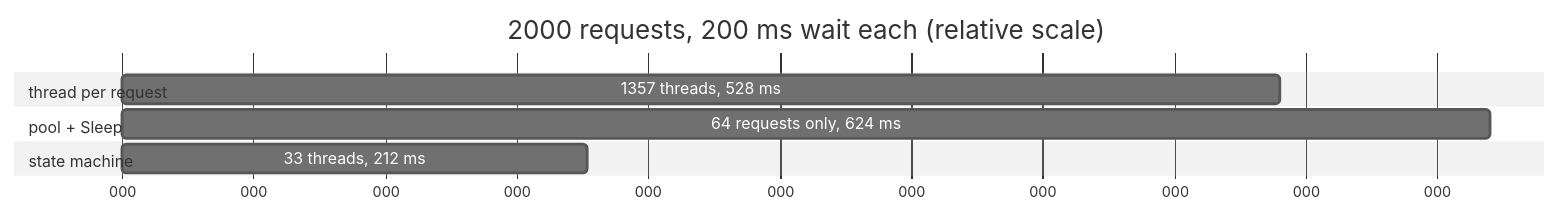
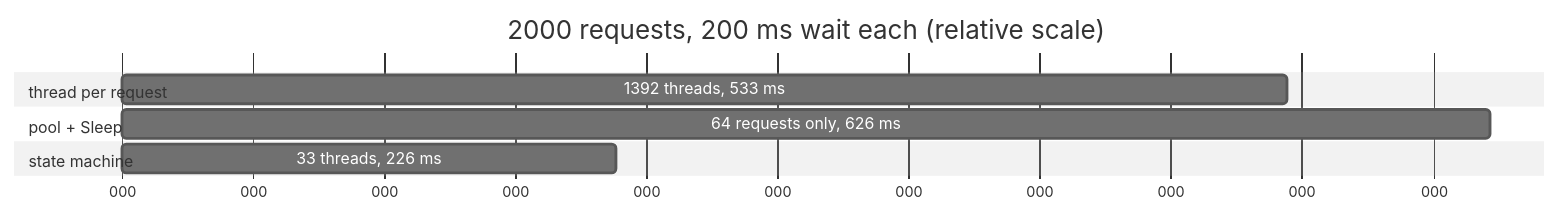
The second of 3 diagrams in docs/course/06-threads-vs-the-machine.md (mmpworks/MMP.AsyncProxy), drawn with Mermaid (neutral theme) before and after one commit. The commit also changed other lines of this file and 72 other files, not shown here.

````diff
--- a/docs/course/06-threads-vs-the-machine.md
+++ b/docs/course/06-threads-vs-the-machine.md
@@ -230,12 +232,12 @@
 ```mermaid
 gantt
     title 2000 requests, 200 ms wait each (relative scale)
     dateFormat X
     axisFormat %L
     section thread per request
-    1357 threads, 528 ms      :a1, 0, 528
+    1392 threads, 533 ms      :a1, 0, 533
     section pool + Sleep
-    64 requests only, 624 ms  :a2, 0, 624
+    64 requests only, 626 ms  :a2, 0, 626
     section state machine
-    33 threads, 212 ms        :a3, 0, 212
+    33 threads, 226 ms        :a3, 0, 226
 ```
````
